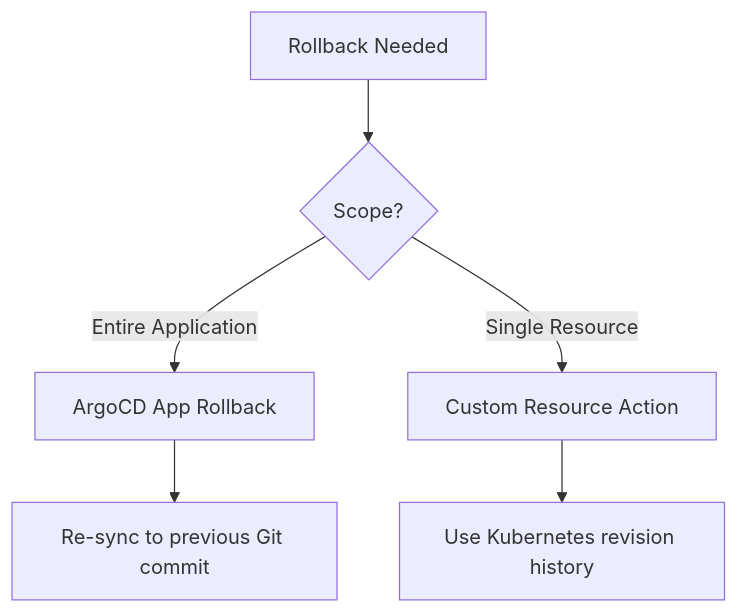
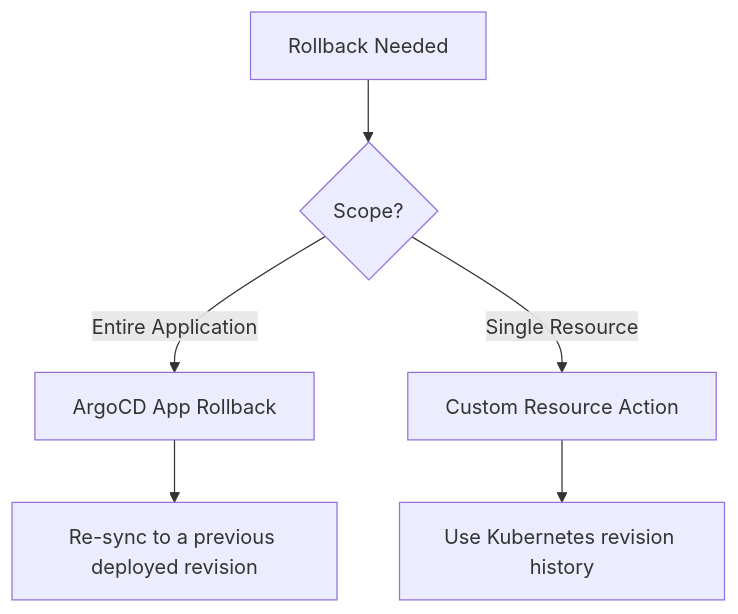
Before and after one commit to OneUptime/blog: the diagram in posts/2026-02-26-argocd-custom-rollback-actions/README.md, drawn with Mermaid. The commit also changed other lines of this file and 2 other files, not shown here.

````diff
--- a/posts/2026-02-26-argocd-custom-rollback-actions/README.md
+++ b/posts/2026-02-26-argocd-custom-rollback-actions/README.md
@@ -28,8 +29,8 @@
 ```mermaid
 flowchart TD
     A[Rollback Needed] --> B{Scope?}
     B -->|Entire Application| C[ArgoCD App Rollback]
     B -->|Single Resource| D[Custom Resource Action]
-    C --> E[Re-sync to previous Git commit]
+    C --> E[Re-sync to a previous deployed revision]
     D --> F[Use Kubernetes revision history]
 ```
````
